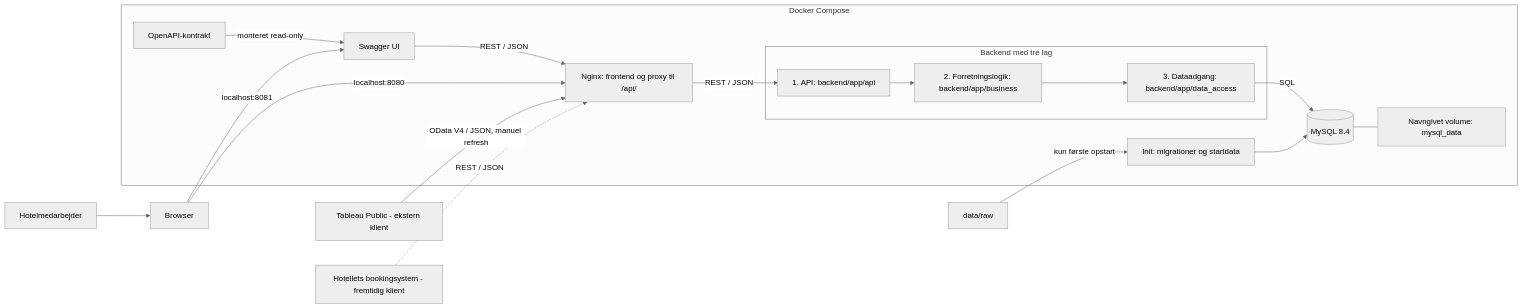
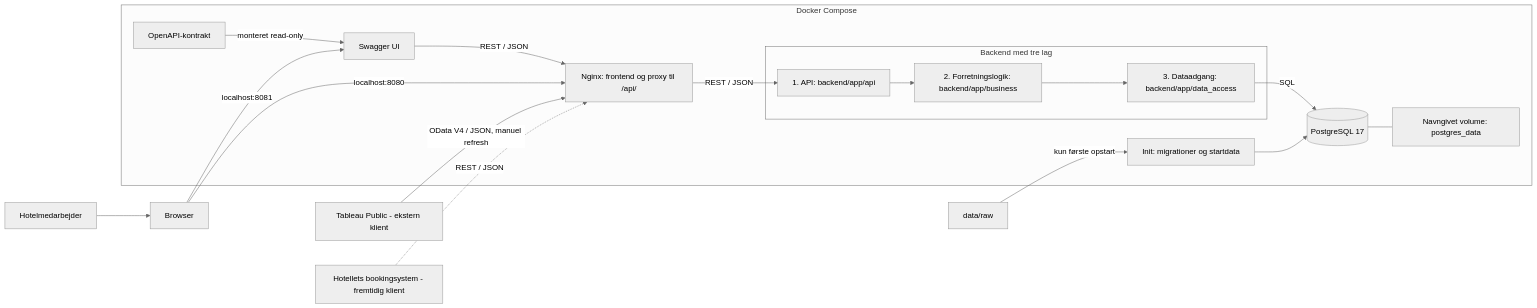
The diagram in README.md (gume0002/TvaerfagligtNo1), drawn with Mermaid (neutral theme) before and after one commit. The commit also changed other lines of this file and 3 other files, not shown here.

Commit message:
T094: Opdatér dokumentationen til PostgreSQL og analysesiden

````diff
--- a/README.md
+++ b/README.md
@@ -66,23 +67,23 @@
 ```mermaid
 flowchart LR
   Medarbejder[Hotelmedarbejder] --> Browser[Browser]
   Browser -->|localhost:8080| Nginx
   Browser -->|localhost:8081| Swagger
   Tableau[Tableau Public - ekstern klient] -->|OData V4 / JSON, manuel refresh| Nginx
   Hotel[Hotellets bookingsystem - fremtidig klient] -.->|REST / JSON| Nginx
   subgraph Docker[Docker Compose]
     Nginx[Nginx: frontend og proxy til /api/]
     Swagger[Swagger UI]
     Kontrakt[OpenAPI-kontrakt] -->|monteret read-only| Swagger
     Swagger -->|REST / JSON| Nginx
     Nginx -->|REST / JSON| API
     subgraph Backend[Backend med tre lag]
       API[1. API: backend/app/api] --> Logik[2. Forretningslogik: backend/app/business]
       Logik --> Data[3. Dataadgang: backend/app/data_access]
     end
-    Data -->|SQL| DB[(MySQL 8.4)]
-    DB --- Volume[Navngivet volume: mysql_data]
+    Data -->|SQL| DB[(PostgreSQL 17)]
+    DB --- Volume[Navngivet volume: postgres_data]
     Init[Init: migrationer og startdata] --> DB
   end
   Raadata[data/raw] -->|kun første opstart| Init
 ```
````
